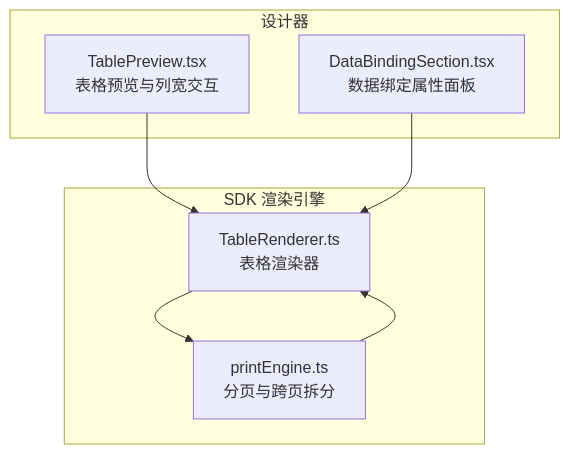
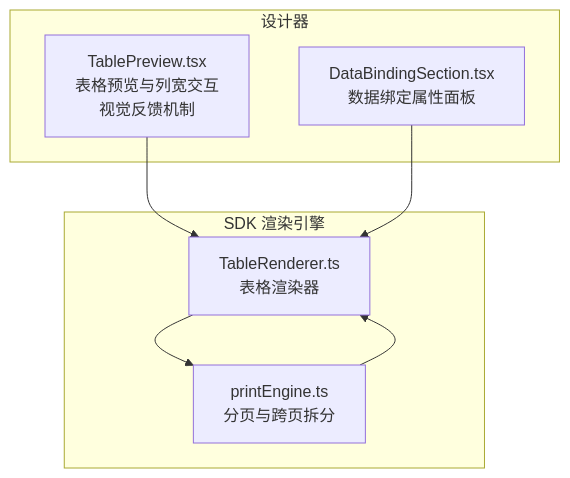
One commit to joker-yjc/printer changed the first of 6 diagrams in .qoder/repowiki/zh/content/组件系统详解/表格组件.md. Above: the diagram before and after it, drawn with Mermaid. The commit also changed other lines of this file and 61 other files, not shown here.

````diff
--- a/.qoder/repowiki/zh/content/组件系统详解/表格组件.md
+++ b/.qoder/repowiki/zh/content/组件系统详解/表格组件.md
@@ -32,15 +40,15 @@
 ```mermaid
 graph TB
 subgraph "设计器"
-TP["TablePreview.tsx<br/>表格预览与列宽交互"]
+TP["TablePreview.tsx<br/>表格预览与列宽交互<br/>视觉反馈机制"]
 DBS["DataBindingSection.tsx<br/>数据绑定属性面板"]
 end
 subgraph "SDK 渲染引擎"
 PR["TableRenderer.ts<br/>表格渲染器"]
 PE["printEngine.ts<br/>分页与跨页拆分"]
 end
 TP --> PR
 DBS --> PR
 PR --> PE
 PE --> PR
 ```
````
